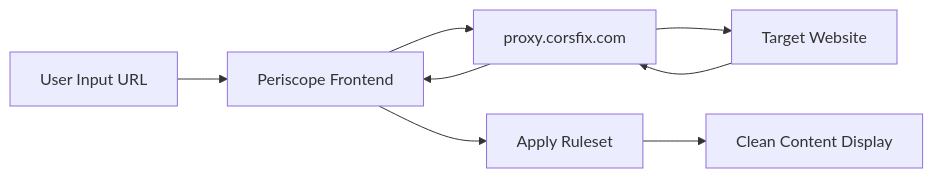
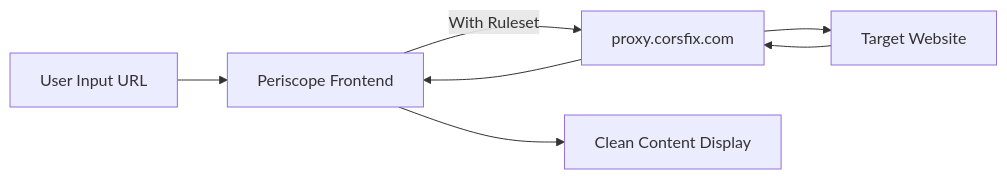
Before and after one commit to corsfix/periscope: the diagram in README.md, drawn with Mermaid. The commit also changed other lines of this file, not shown here.

````diff
--- a/README.md
+++ b/README.md
@@ -19,10 +19,9 @@
 ```mermaid
 graph LR
     A[User Input URL] --> B[Periscope Frontend]
-    B --> C[proxy.corsfix.com]
+    B -->|With Ruleset| C[proxy.corsfix.com]
     C --> D[Target Website]
     D --> C
     C --> B
-    B --> E[Apply Ruleset]
-    E --> F[Clean Content Display]
+    B --> F[Clean Content Display]
 ```
````
